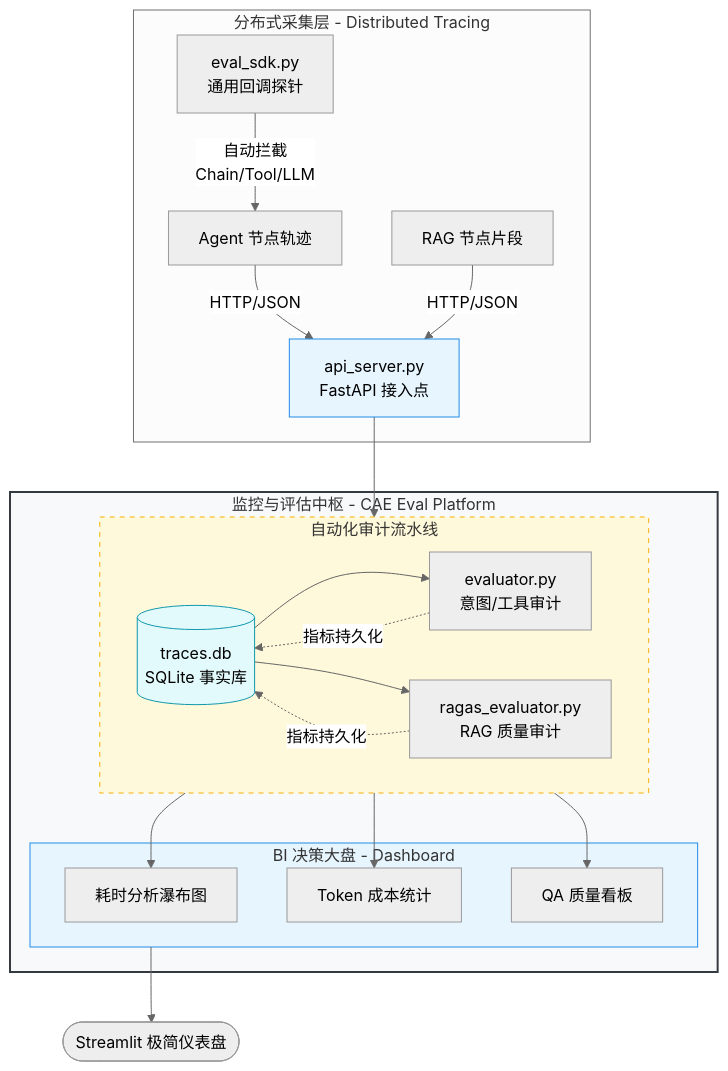
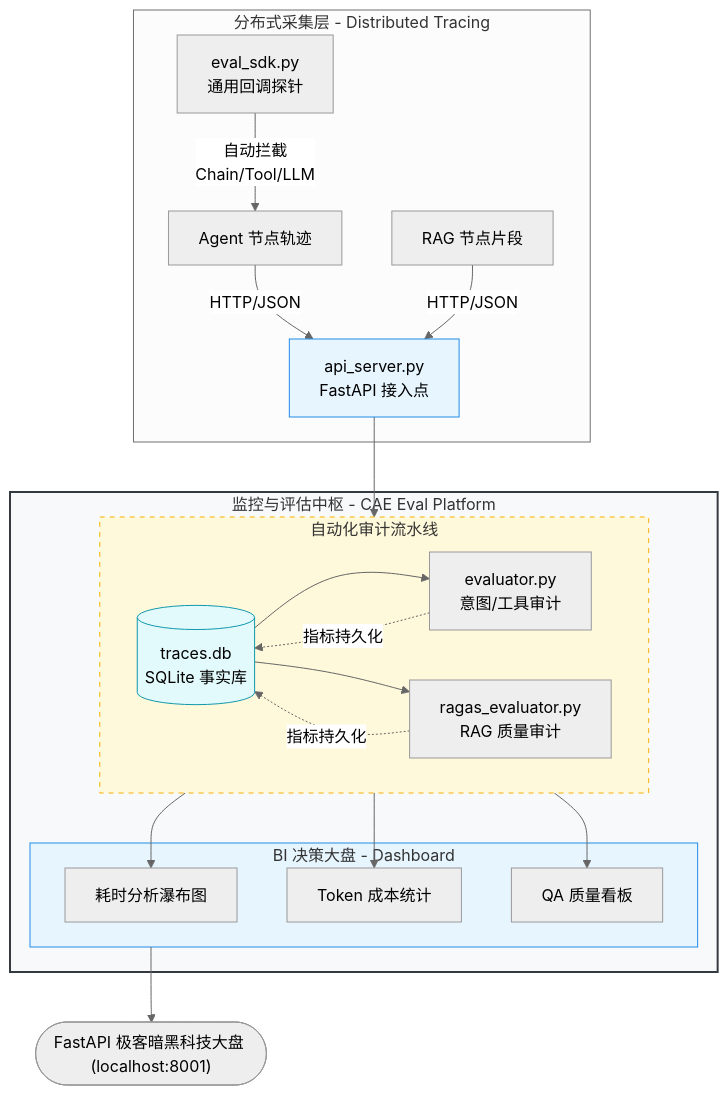
One commit to aohanao/My-job changed the second of 5 diagrams in CAE_Eval_Platform/README.md. Above: the diagram before and after it, drawn with Mermaid (neutral theme). The commit also changed other lines of this file and 45 other files, not shown here.

````diff
--- a/CAE_Eval_Platform/README.md
+++ b/CAE_Eval_Platform/README.md
@@ -59,38 +61,38 @@
 ```mermaid
 graph TD
     %% 数据上报层
     subgraph Data_Collection ["分布式采集层 - Distributed Tracing"]
         SDK["eval_sdk.py<br/>通用回调探针"] -- "自动拦截<br/>Chain/Tool/LLM" --> Agent_Trace["Agent 节点轨迹"]
         Agent_Trace -- "HTTP/JSON" --> Collector
         RAG_Trace["RAG 节点片段"] -- "HTTP/JSON" --> Collector
     end
 
     %% 监控中枢层
     subgraph Monitoring_Hub ["监控与评估中枢 - CAE Eval Platform"]
         Collector["api_server.py<br/>FastAPI 接入点"] --> Storage[("traces.db<br/>SQLite 事实库")]
         
         subgraph Audit_Pipeline ["自动化审计流水线"]
             direction LR
             Storage --> Intent_Auditor["evaluator.py<br/>意图/工具审计"]
             Storage --> RAG_Auditor["ragas_evaluator.py<br/>RAG 质量审计"]
             Intent_Auditor -. "指标持久化" .-> Storage
             RAG_Auditor -. "指标持久化" .-> Storage
         end
         
         subgraph BI_Dashboard ["BI 决策大盘 - Dashboard"]
             Storage --> Waterfall["耗时分析瀑布图"]
             Storage --> TokenUsage["Token 成本统计"]
             Storage --> QABoard["QA 质量看板"]
         end
     end
 
     %% 输出
-    BI_Dashboard --> Dashboard_UI(["Streamlit 极简仪表盘"])
+    BI_Dashboard --> Dashboard_UI(["FastAPI 极客暗黑科技大盘 (localhost:8001)"])
 
     %% 样式美化
     style Monitoring_Hub fill:#f8f9fa,stroke:#343a40,stroke-width:2px
     style Audit_Pipeline fill:#fff9db,stroke:#fab005,stroke-dasharray: 5 5
     style BI_Dashboard fill:#e7f5ff,stroke:#228be6
     style Storage fill:#e3fafc,stroke:#1098ad
     style Collector fill:#e7f5ff,stroke:#228be6
 ```
````
